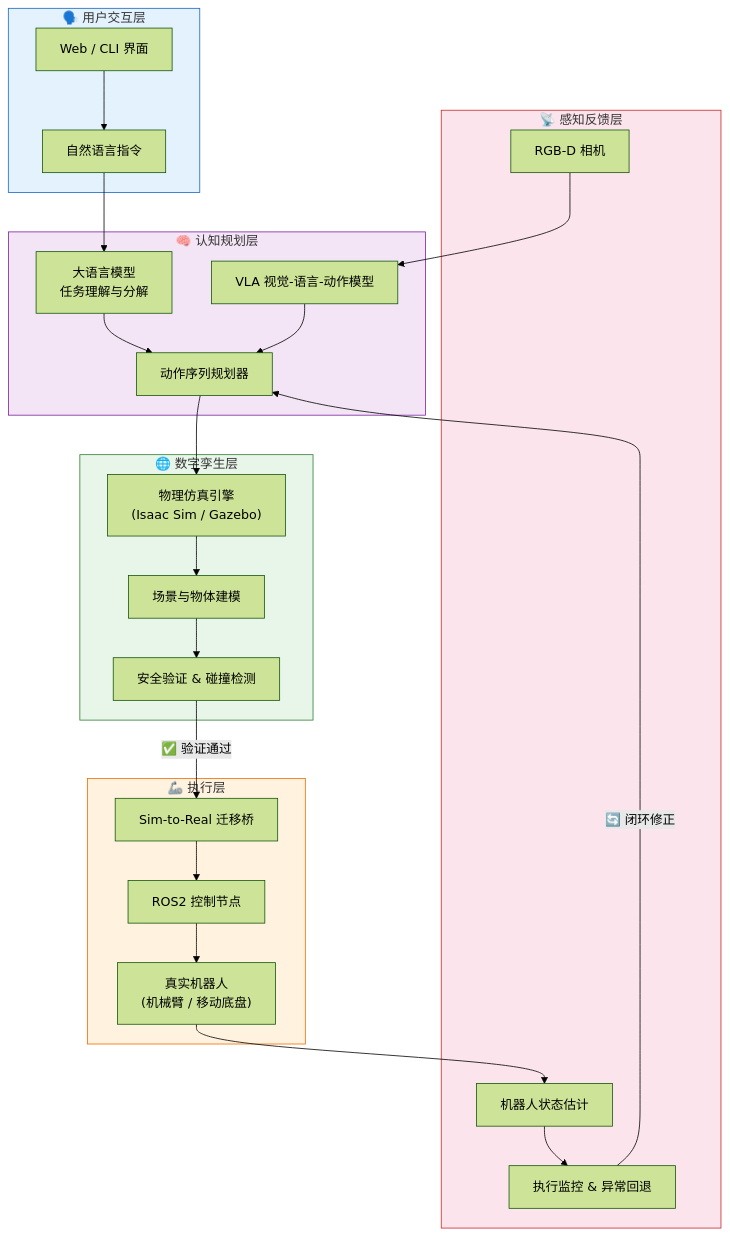
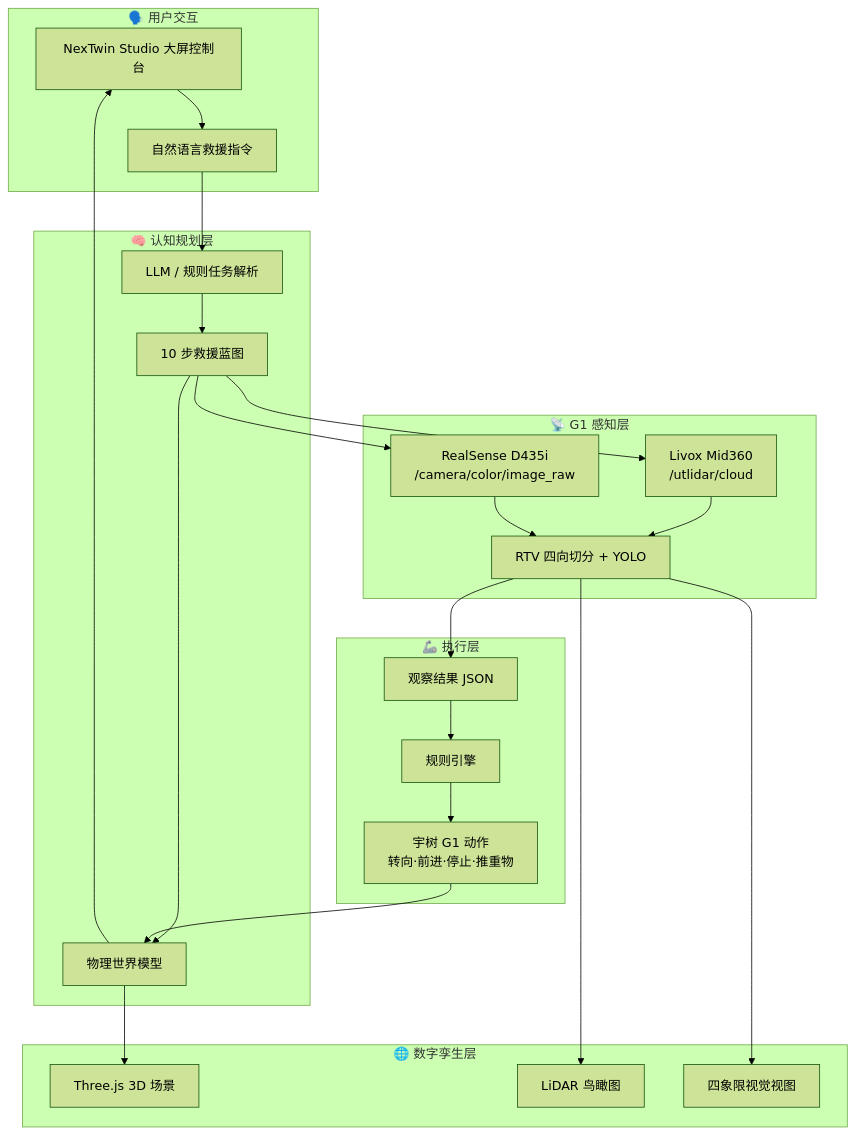
One commit to MermaidLiu/Andrea-NexTwin changed the diagram in README.md. Above: the diagram before and after it, drawn with Mermaid (forest theme). The commit also changed other lines of this file and 35 other files, not shown here.

First line of the commit message:
Add G1 rescue demo with 10-step pipeline and NexTwin Studio.

````diff
--- a/README.md
+++ b/README.md
@@ -84,47 +39,39 @@
 ```mermaid
 flowchart TB
-    subgraph Input["🗣️ 用户交互层"]
-        UI["Web / CLI 界面"]
-        NL["自然语言指令"]
+    subgraph Input["🗣️ 用户交互"]
+        UI["NexTwin Studio 大屏控制台"]
+        NL["自然语言救援指令"]
     end
 
     subgraph Brain["🧠 认知规划层"]
-        LLM["大语言模型<br/>任务理解与分解"]
-        VLA["VLA 视觉-语言-动作模型"]
-        Planner["动作序列规划器"]
+        LLM["LLM / 规则任务解析"]
+        TG["10 步救援蓝图"]
+        WM["物理世界模型"]
+    end
+
+    subgraph Sense["📡 G1 感知层"]
+        LIDAR["Livox Mid360<br/>/utlidar/cloud"]
+        CAM["RealSense D435i<br/>/camera/color/image_raw"]
+        RTV["RTV 四向切分 + YOLO"]
     end
 
     subgraph Twin["🌐 数字孪生层"]
-        Sim["物理仿真引擎<br/>(Isaac Sim / Gazebo)"]
-        Scene["场景与物体建模"]
-        Verify["安全验证 & 碰撞检测"]
+        H3D["Three.js 3D 场景"]
+        BEV["LiDAR 鸟瞰图"]
+        V4["四象限视觉视图"]
     end
 
     subgraph Exec["🦾 执行层"]
-        Bridge["Sim-to-Real 迁移桥"]
-        ROS["ROS2 控制节点"]
-        Robot["真实机器人<br/>(机械臂 / 移动底盘)"]
+        OBS["观察结果 JSON"]
+        RULE["规则引擎"]
+        G1["宇树 G1 动作<br/>转向·前进·停止·推重物"]
     end
 
-    subgraph Feedback["📡 感知反馈层"]
-        Cam["RGB-D 相机"]
-        State["机器人状态估计"]
-        Monitor["执行监控 & 异常回退"]
-    end
-
-    UI --> NL --> LLM
-    LLM --> Planner
-    Cam --> VLA --> Planner
-    Planner --> Sim
-    Sim --> Scene --> Verify
-    Verify -->|"✅ 验证通过"| Bridge
-    Bridge --> ROS --> Robot
-    Robot --> State --> Monitor
-    Monitor -->|"🔄 闭环修正"| Planner
-
-    style Input fill:#e3f2fd,stroke:#1565c0
-    style Brain fill:#f3e5f5,stroke:#7b1fa2
-    style Twin fill:#e8f5e9,stroke:#2e7d32
-    style Exec fill:#fff3e0,stroke:#ef6c00
-    style Feedback fill:#fce4ec,stroke:#c62828
+    UI --> NL --> LLM --> TG
+    TG --> WM --> H3D
+    TG --> LIDAR & CAM --> RTV
+    RTV --> OBS --> RULE --> G1
+    RTV --> BEV & V4
+    G1 --> WM
+    WM --> UI
 ```
````
